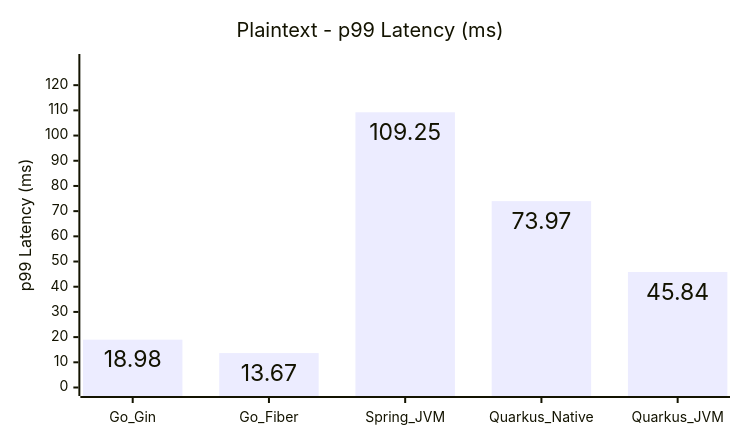
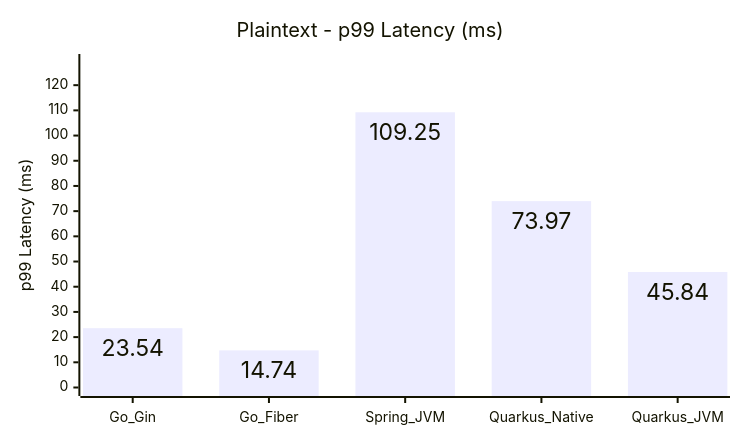
One commit to hiiamtin/go-vs-java changed diagram 14 of 15 in COMPARISON_REPORT.md. Above: the diagram before and after it, drawn with Mermaid. The commit also changed other lines of this file and 58 other files, not shown here.

````diff
--- a/COMPARISON_REPORT.md
+++ b/COMPARISON_REPORT.md
@@ -249,14 +249,14 @@
 ```mermaid
 ---
 config:
   xyChart:
     width: 720
     height: 420
     showDataLabel: true
 ---
 xychart
     title "Plaintext - p99 Latency (ms)"
     x-axis [Go_Gin, Go_Fiber, Spring_JVM, Quarkus_Native, Quarkus_JVM]
     y-axis "p99 Latency (ms)" 0 --> 129
-    bar [18.98, 13.67, 109.25, 73.97, 45.84]
+    bar [23.54, 14.74, 109.25, 73.97, 45.84]
 ```
````
